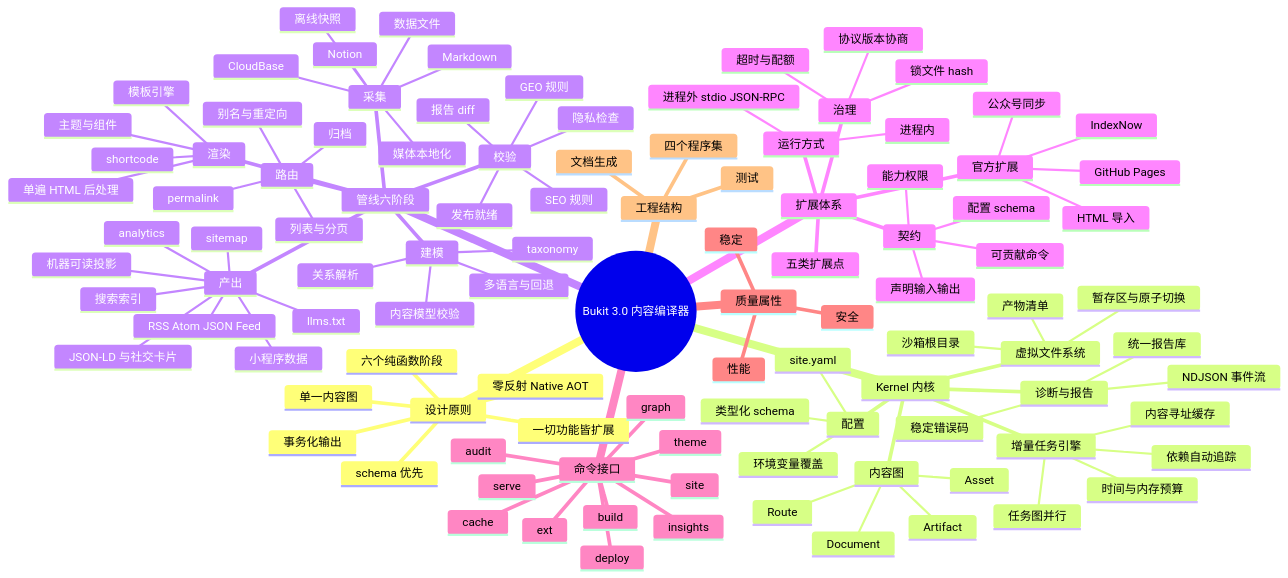
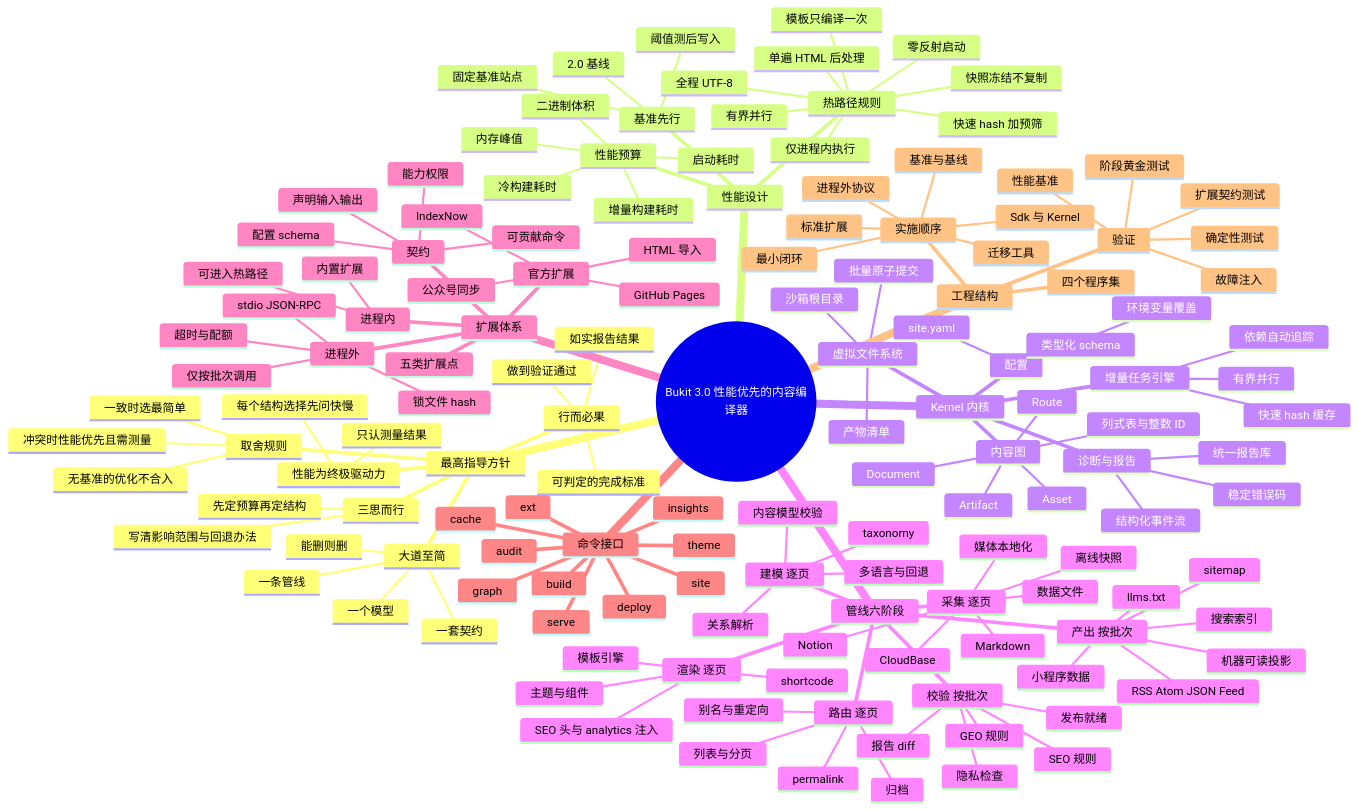
One commit to ALi365-SDN-BHD/Bukit changed the second of 2 diagrams in docs/plans/2026-11-24-bukit-3.0-architecture-design.zh-CN.md. Above: the diagram before and after it, drawn with Mermaid. The commit also changed other lines of this file, not shown here.

Commit message:
docs(plans): sync the 3.0 diagrams with the performance-first guideline
Mark the per-page hot path and the batch stages in the architecture
diagram, add the performance gate, and reorder the mind map so the
guideline and performance design come first.

````diff
--- a/docs/plans/2026-11-24-bukit-3.0-architecture-design.zh-CN.md
+++ b/docs/plans/2026-11-24-bukit-3.0-architecture-design.zh-CN.md
@@ -102,27 +114,60 @@
 ```mermaid
 mindmap
-  root((Bukit 3.0 内容编译器))
-    设计原则
-      单一内容图
-      六个纯函数阶段
-      一切功能皆扩展
-      事务化输出
-      schema 优先
-      零反射 Native AOT
+  root((Bukit 3.0 性能优先的内容编译器))
+    最高指导方针
+      性能为终极驱动力
+        每个结构选择先问快慢
+        只认测量结果
+      大道至简
+        一个模型
+        一条管线
+        一套契约
+        能删则删
+      三思而行
+        先定预算再定结构
+        写清影响范围与回退办法
+      行而必果
+        可判定的完成标准
+        做到验证通过
+        如实报告结果
+      取舍规则
+        一致时选最简单
+        冲突时性能优先且需测量
+        无基准的优化不合入
+    性能设计
+      性能预算
+        冷构建耗时
+        增量构建耗时
+        启动耗时
+        内存峰值
+        二进制体积
+      热路径规则
+        仅进程内执行
+        全程 UTF-8
+        快照冻结不复制
+        快速 hash 加预筛
+        模板只编译一次
+        单遍 HTML 后处理
+        有界并行
+        零反射启动
+      基准先行
+        固定基准站点
+        2.0 基线
+        阈值测后写入
     Kernel 内核
       内容图
         Document
         Route
         Asset
         Artifact
+        列式表与整数 ID
       增量任务引擎
         依赖自动追踪
-        内容寻址缓存
-        任务图并行
-        时间与内存预算
+        快速 hash 缓存
+        有界并行
       虚拟文件系统
         沙箱根目录
-        暂存区与原子切换
+        批量原子提交
         产物清单
       配置
         site.yaml
@@ -130,41 +175,39 @@
         环境变量覆盖
       诊断与报告
         稳定错误码
-        NDJSON 事件流
+        结构化事件流
         统一报告库
     管线六阶段
-      采集
+      采集 逐页
         Markdown
         Notion
         CloudBase
         数据文件
         媒体本地化
         离线快照
-      建模
+      建模 逐页
         内容模型校验
         多语言与回退
         taxonomy
         关系解析
-      路由
+      路由 逐页
         permalink
         列表与分页
         归档
         别名与重定向
-      渲染
+      渲染 逐页
         模板引擎
         主题与组件
         shortcode
-        单遍 HTML 后处理
-      产出
+        SEO 头与 analytics 注入
+      产出 按批次
         sitemap
         RSS Atom JSON Feed
         搜索索引
         llms.txt
-        JSON-LD 与社交卡片
         机器可读投影
         小程序数据
-        analytics
-      校验
+      校验 按批次
         SEO 规则
         GEO 规则
         发布就绪
@@ -177,13 +220,14 @@
         配置 schema
         能力权限
         可贡献命令
-      运行方式
-        进程内
-        进程外 stdio JSON-RPC
-      治理
+      进程内
+        内置扩展
+        可进入热路径
+      进程外
+        stdio JSON-RPC
+        仅按批次调用
         锁文件 hash
         超时与配额
-        协议版本协商
       官方扩展
         HTML 导入
         IndexNow
@@ -200,12 +244,19 @@
       graph
       cache
       theme
-    质量属性
-      性能
-      稳定
-      安全
     工程结构
       四个程序集
-      测试
-      文档生成
+      实施顺序
+        基准与基线
+        Sdk 与 Kernel
+        最小闭环
+        标准扩展
+        进程外协议
+        迁移工具
+      验证
+        确定性测试
+        阶段黄金测试
+        扩展契约测试
+        性能基准
+        故障注入
 ```
````
